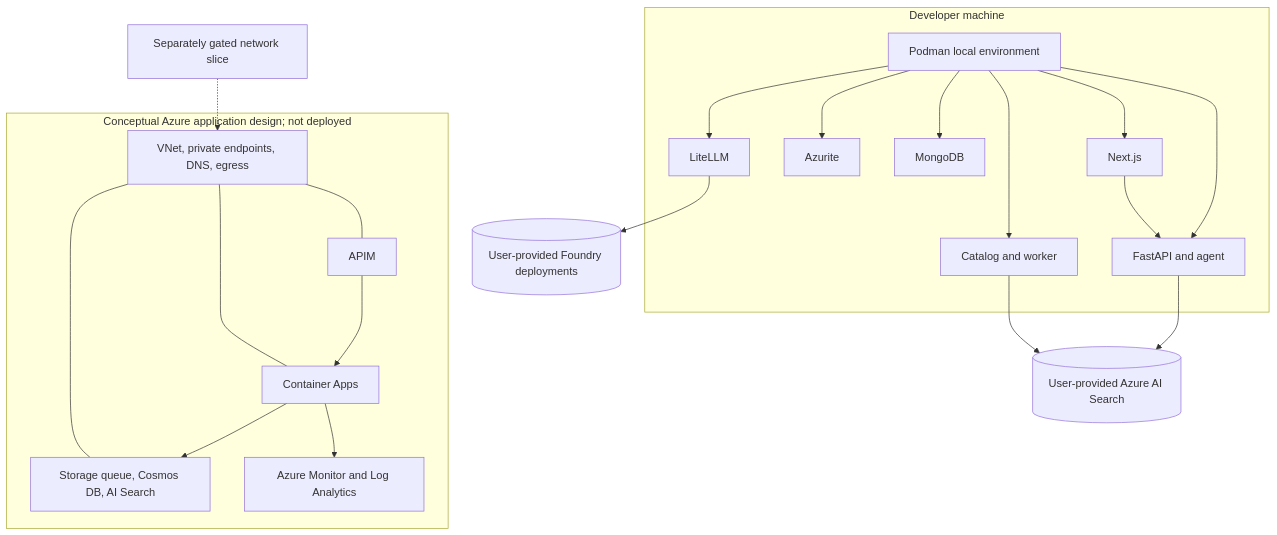
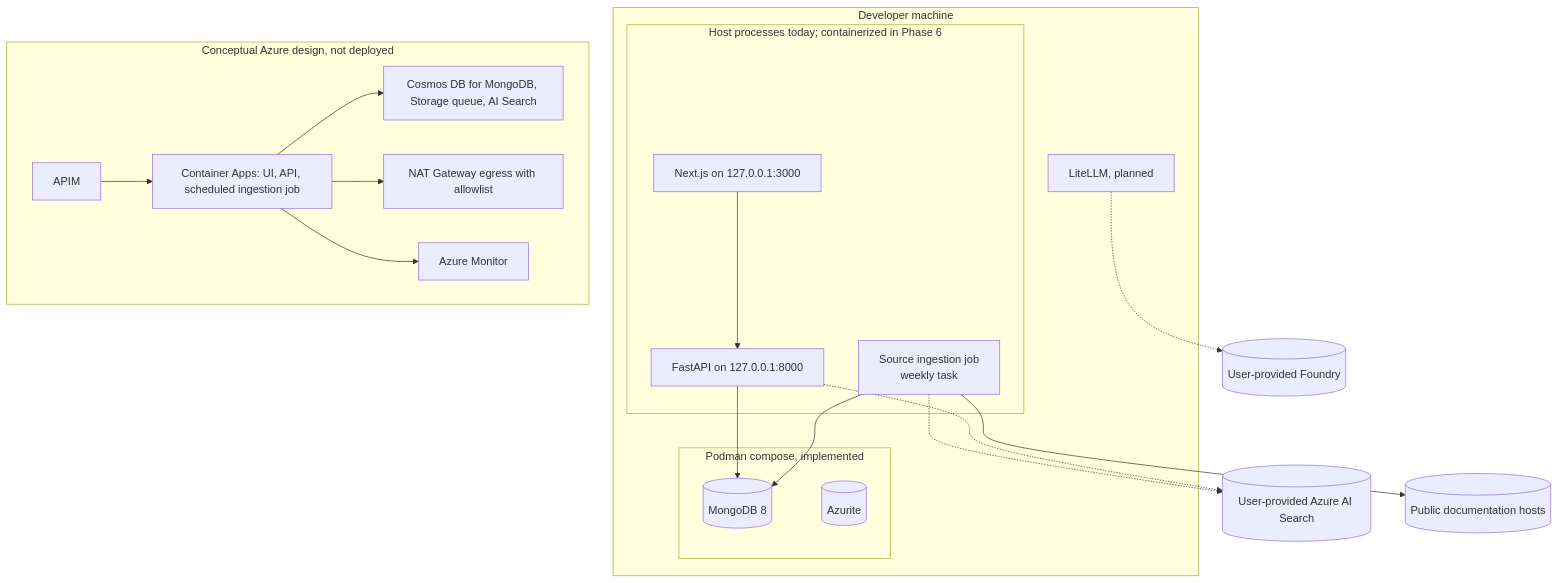
Before and after one commit to ubk1004/product-support-agent: the ninth of 9 diagrams in docs/architecture/architecture-overview.md, drawn with Mermaid. The commit also changed other lines of this file and 68 other files, not shown here.

````diff
--- a/docs/architecture/architecture-overview.md
+++ b/docs/architecture/architecture-overview.md
@@ -140,40 +387,38 @@
 ```mermaid
 flowchart TB
-    subgraph Developer["Developer machine"]
-        Podman[Podman local environment]
-        NextJS[Next.js]
-        FastAPI[FastAPI and agent]
-        Ingestion[Catalog and worker]
-        Azurite[Azurite]
-        Mongo[MongoDB]
-        LiteLLM[LiteLLM]
-        Podman --> NextJS
-        Podman --> FastAPI
-        Podman --> Ingestion
-        Podman --> Azurite
-        Podman --> Mongo
-        Podman --> LiteLLM
+    subgraph Dev["Developer machine"]
+        subgraph Podman["Podman compose, implemented"]
+            Mongo[(MongoDB 8)]
+            Azurite[(Azurite)]
+        end
+        subgraph Processes["Host processes today; containerized in Phase 6"]
+            NextJS["Next.js on 127.0.0.1:3000"]
+            FastAPI["FastAPI on 127.0.0.1:8000"]
+            Job["Source ingestion job<br/>weekly task"]
+        end
+        LiteLLM["LiteLLM, planned"]
     end
     Search[(User-provided Azure AI Search)]
-    Foundry[(User-provided Foundry deployments)]
+    Foundry[(User-provided Foundry)]
+    Docs[(Public documentation hosts)]
+
     NextJS --> FastAPI
-    FastAPI --> Search
-    Ingestion --> Search
-    LiteLLM --> Foundry
+    FastAPI --> Mongo
+    Job --> Mongo
+    Job --> Docs
+    Job -.-> Search
+    FastAPI -.-> Search
+    LiteLLM -.-> Foundry
 
-    subgraph CloudDesign["Conceptual Azure application design; not deployed"]
+    subgraph Cloud["Conceptual Azure design, not deployed"]
         APIM[APIM]
-        ACA[Container Apps]
-        VNet[VNet, private endpoints, DNS, egress]
-        CloudData[Storage queue, Cosmos DB, AI Search]
-        CloudObs[Azure Monitor and Log Analytics]
+        ACA["Container Apps: UI, API, scheduled ingestion job"]
+        Data[Cosmos DB for MongoDB, Storage queue, AI Search]
+        Egress[NAT Gateway egress with allowlist]
+        Obs[Azure Monitor]
         APIM --> ACA
-        ACA --> CloudData
-        ACA --> CloudObs
-        VNet --- APIM
-        VNet --- ACA
-        VNet --- CloudData
+        ACA --> Data
+        ACA --> Egress
+        ACA --> Obs
     end
-    NetworkSlice[Separately gated network slice]
-    NetworkSlice -.-> VNet
 ```
````
